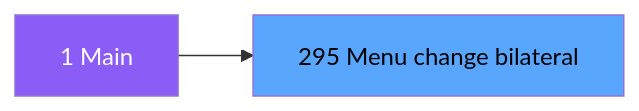
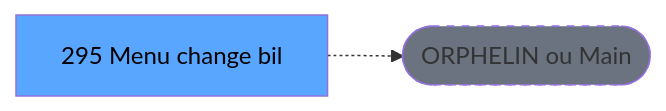
The second of 3 diagrams in .openspec/specs/ADH-IDE-295.md (thonyAGP/lecteur-magic), drawn with Mermaid before and after one commit. The commit also changed other lines of this file and 701 other files, not shown here.

````diff
--- a/.openspec/specs/ADH-IDE-295.md
+++ b/.openspec/specs/ADH-IDE-295.md
@@ -111,8 +117,8 @@
 ```mermaid
 graph LR
-    M[1 Main]
-    T[295 Menu change bilateral]
-    M --> T
-    style M fill:#8b5cf6,color:#fff
+    T[295 Menu change bil]
+    ORPHAN([ORPHELIN ou Main])
+    T -.-> ORPHAN
     style T fill:#58a6ff,color:#000
+    style ORPHAN fill:#6b7280,stroke-dasharray: 5 5
 ```
````
